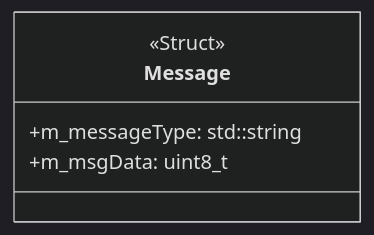
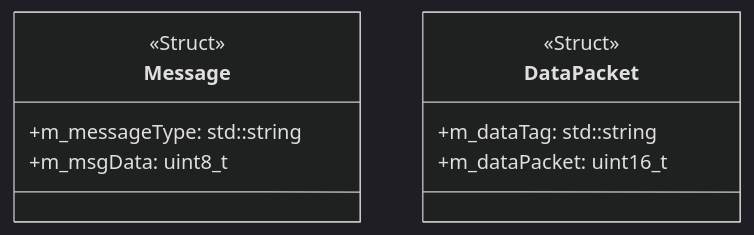
Before and after one commit to gsg211/AppLagCPU: the fourth of 4 diagrams in Docs/README.md, drawn with Mermaid (dark theme).

````diff
--- a/Docs/README.md
+++ b/Docs/README.md
@@ -132,8 +132,12 @@
 ```mermaid
 classDiagram
 class Message <<Struct>> {
     +m_messageType: std::string
     +m_msgData: uint8_t
 }
+class DataPacket <<Struct>> {
+    +m_dataTag: std::string
+    +m_dataPacket: uint16_t
+}
 
 ```
````
